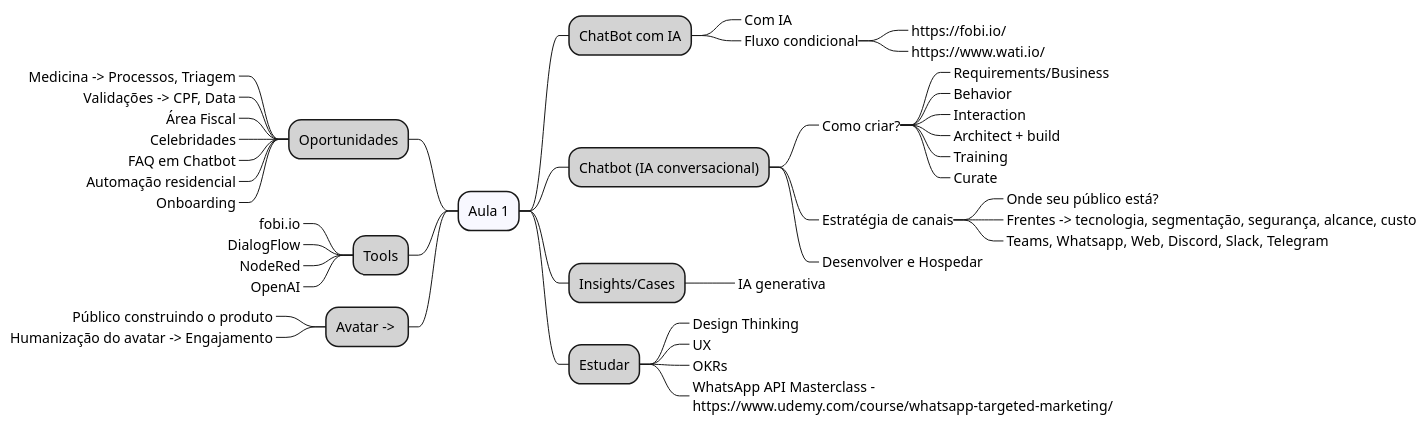
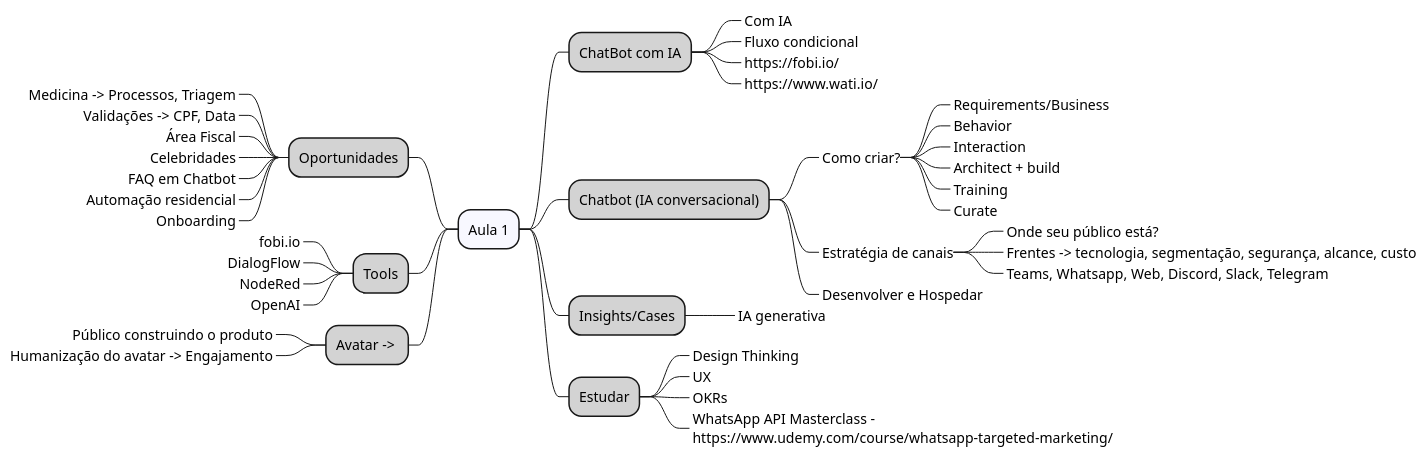
Before and after one commit to acnaweb/chatbot: the diagram in docs/src/aula1.wsd, drawn with PlantUML. The commit also changed 1 other file, not shown here.

```diff
--- a/docs/src/aula1.wsd
+++ b/docs/src/aula1.wsd
@@ -1,67 +1,67 @@
 @startmindmap
 
 *[#F8F8FF] Aula 1
 
 **[#LightGray] ChatBot com IA
 
 ***_ Com IA
 ***_ Fluxo condicional
-****_ https://fobi.io/
-****_ https://www.wati.io/
+***_ https://fobi.io/
+***_ https://www.wati.io/
 
 **[#LightGray] Chatbot (IA conversacional)
 
 ***_ Como criar?
 
 ****_ Requirements/Business
 ****_ Behavior
 ****_ Interaction
 ****_ Architect + build
 ****_ Training
 ****_ Curate
 
 ***_ Estratégia de canais
 
 ****_ Onde seu público está? 
 ****_ Frentes -> tecnologia, segmentação, segurança, alcance, custo
 ****_ Teams, Whatsapp, Web, Discord, Slack, Telegram
 
 ***_ Desenvolver e Hospedar 
 
 **[#LightGray] Insights/Cases
 
 ***_ IA generativa
 
 **[#LightGray] Estudar
 
 ***_ Design Thinking
 ***_ UX
 ***_ OKRs
 ***_ WhatsApp API Masterclass -\nhttps://www.udemy.com/course/whatsapp-targeted-marketing/
 
 
 left side
 
 **[#LightGray] Oportunidades
 
 ***_ Medicina -> Processos, Triagem
 ***_ Validações -> CPF, Data
 ***_ Área Fiscal
 ***_ Celebridades
 ***_ FAQ em Chatbot
 ***_ Automação residencial
 ***_ Onboarding
 
 **[#LightGray] Tools
 
 ***_ fobi.io
 ***_ DialogFlow
 ***_ NodeRed
 ***_ OpenAI
 
 **[#LightGray] Avatar -> 
 
 ***_ Público construindo o produto
 ***_ Humanização do avatar -> Engajamento
 
 @endmindmap
```
